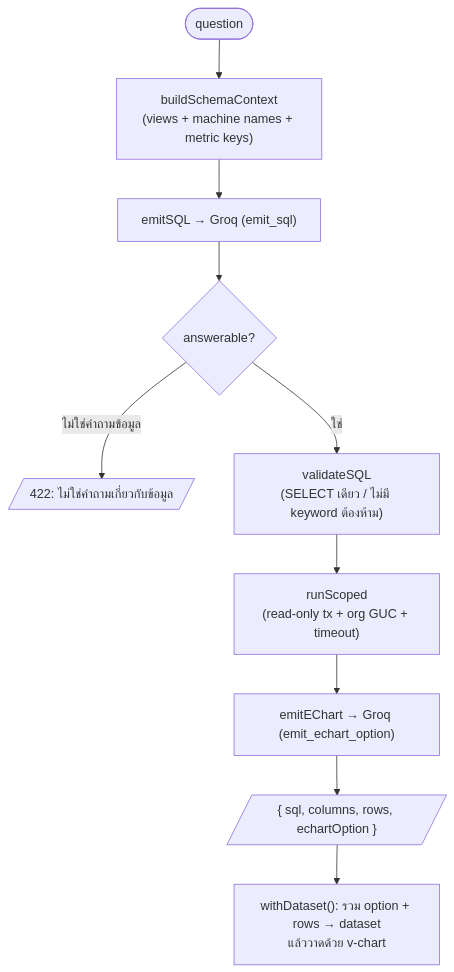
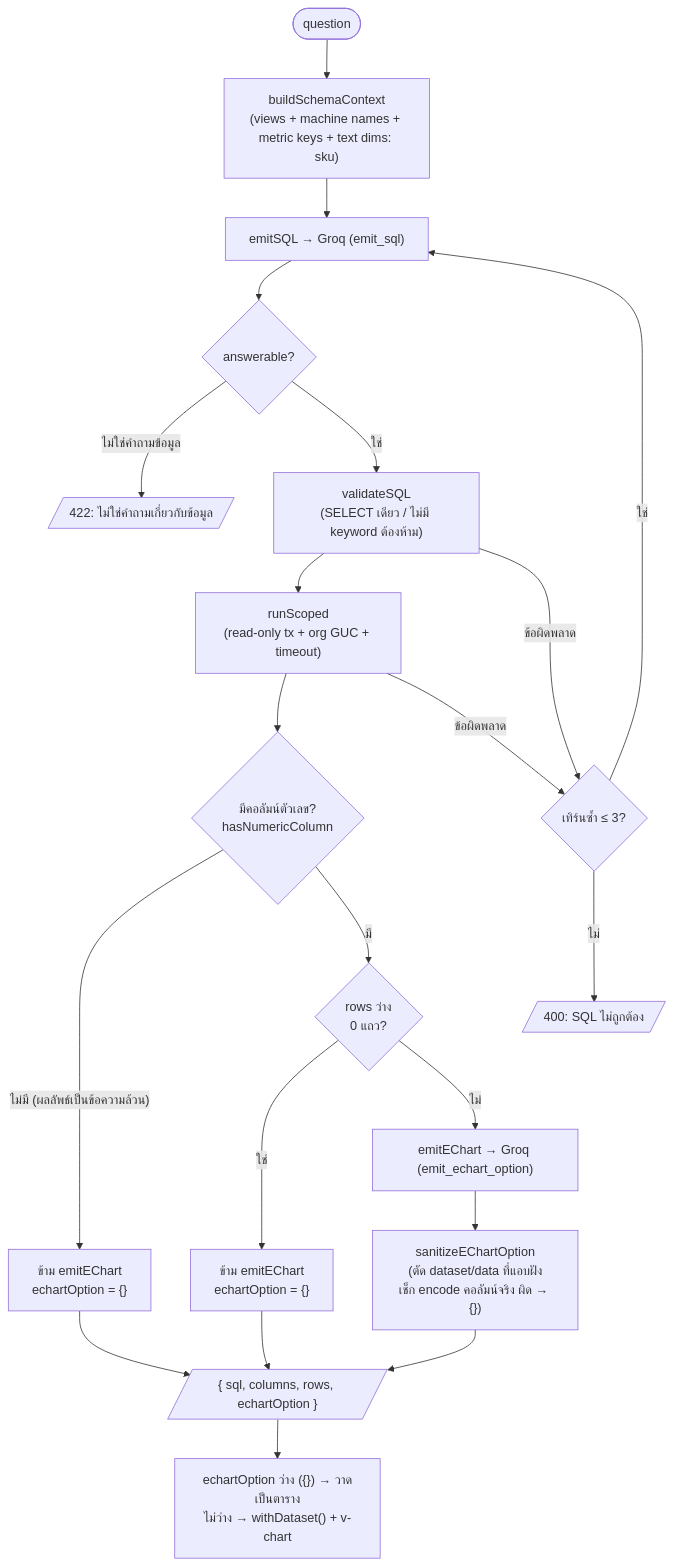
One commit to pepegummo/Project-Dashboard changed the second of 5 diagrams in docs/ASK_DATA_OVERVIEW.md. Above: the diagram before and after it, drawn with Mermaid. The commit also changed other lines of this file and 4 other files, not shown here.

````diff
--- a/docs/ASK_DATA_OVERVIEW.md
+++ b/docs/ASK_DATA_OVERVIEW.md
@@ -42,12 +42,23 @@
 ```mermaid
 flowchart TD
-    Start([question]) --> Ctx["buildSchemaContext<br/>(views + machine names + metric keys)"]
+    Start([question]) --> Ctx["buildSchemaContext<br/>(views + machine names + metric keys + text dims: sku)"]
     Ctx --> Emit["emitSQL → Groq (emit_sql)"]
     Emit --> Ans{answerable?}
     Ans -- ไม่ใช่คำถามข้อมูล --> Err422[/"422: ไม่ใช่คำถามเกี่ยวกับข้อมูล"/]
     Ans -- ใช่ --> Valid["validateSQL<br/>(SELECT เดียว / ไม่มี keyword ต้องห้าม)"]
     Valid --> Run["runScoped<br/>(read-only tx + org GUC + timeout)"]
-    Run --> EChart["emitEChart → Groq (emit_echart_option)"]
-    EChart --> Resp[/"{ sql, columns, rows, echartOption }"/]
-    Resp --> Render["withDataset(): รวม option + rows → dataset<br/>แล้ววาดด้วย v-chart"]
+    Run --> Num{"มีคอลัมน์ตัวเลข?<br/>hasNumericColumn"}
+    Num -- ไม่มี (ผลลัพธ์เป็นข้อความล้วน) --> Table["ข้าม emitEChart<br/>echartOption = {}"]
+    Num -- มี --> Empty{rows ว่าง<br/>0 แถว?}
+    Empty -- ใช่ --> EmptyTable["ข้าม emitEChart<br/>echartOption = {}"]
+    Empty -- ไม่ --> EChart["emitEChart → Groq (emit_echart_option)"]
+    EChart --> Sanitize["sanitizeEChartOption<br/>(ตัด dataset/data ที่แอบฝัง<br/>เช็ก encode คอลัมน์จริง ผิด → {})"]
+    Table --> Resp[/"{ sql, columns, rows, echartOption }"/]
+    EmptyTable --> Resp
+    Sanitize --> Resp
+    Resp --> Render["echartOption ว่าง ({}) → วาดเป็นตาราง<br/>ไม่ว่าง → withDataset() + v-chart"]
+    Valid -- ข้อผิดพลาด --> Retry{เทิร์นซ้ำ ≤ 3?}
+    Retry -- ใช่ --> Emit
+    Retry -- ไม่ --> Err[/"400: SQL ไม่ถูกต้อง"/]
+    Run -- ข้อผิดพลาด --> Retry
 ```
````
